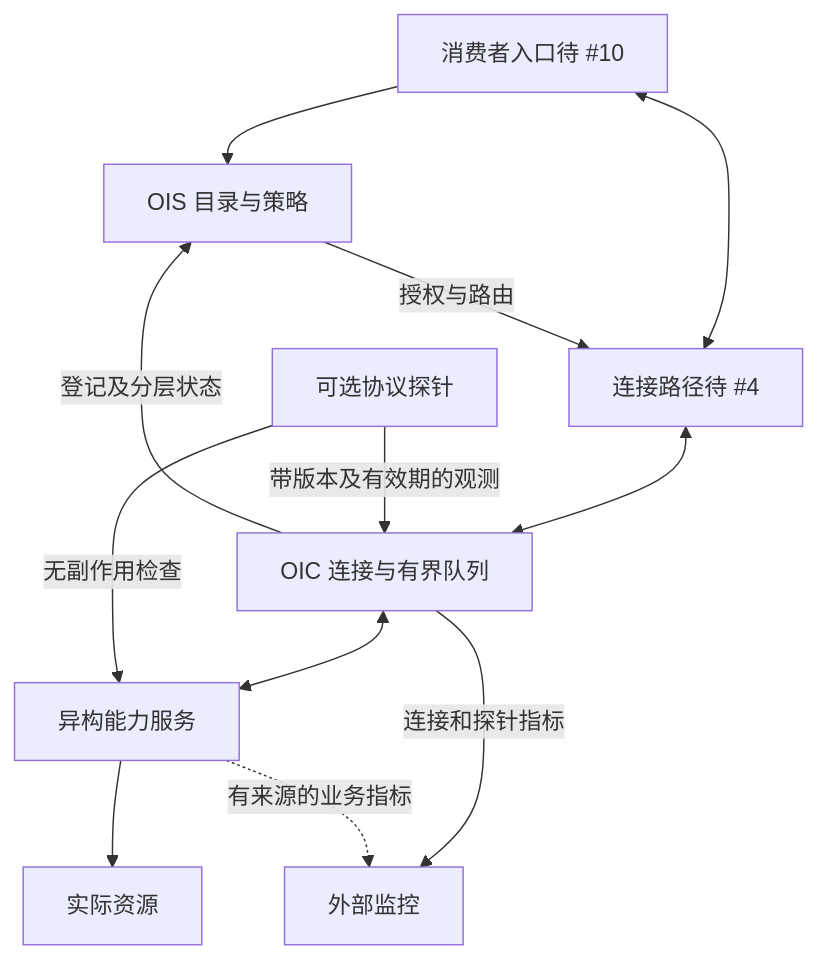
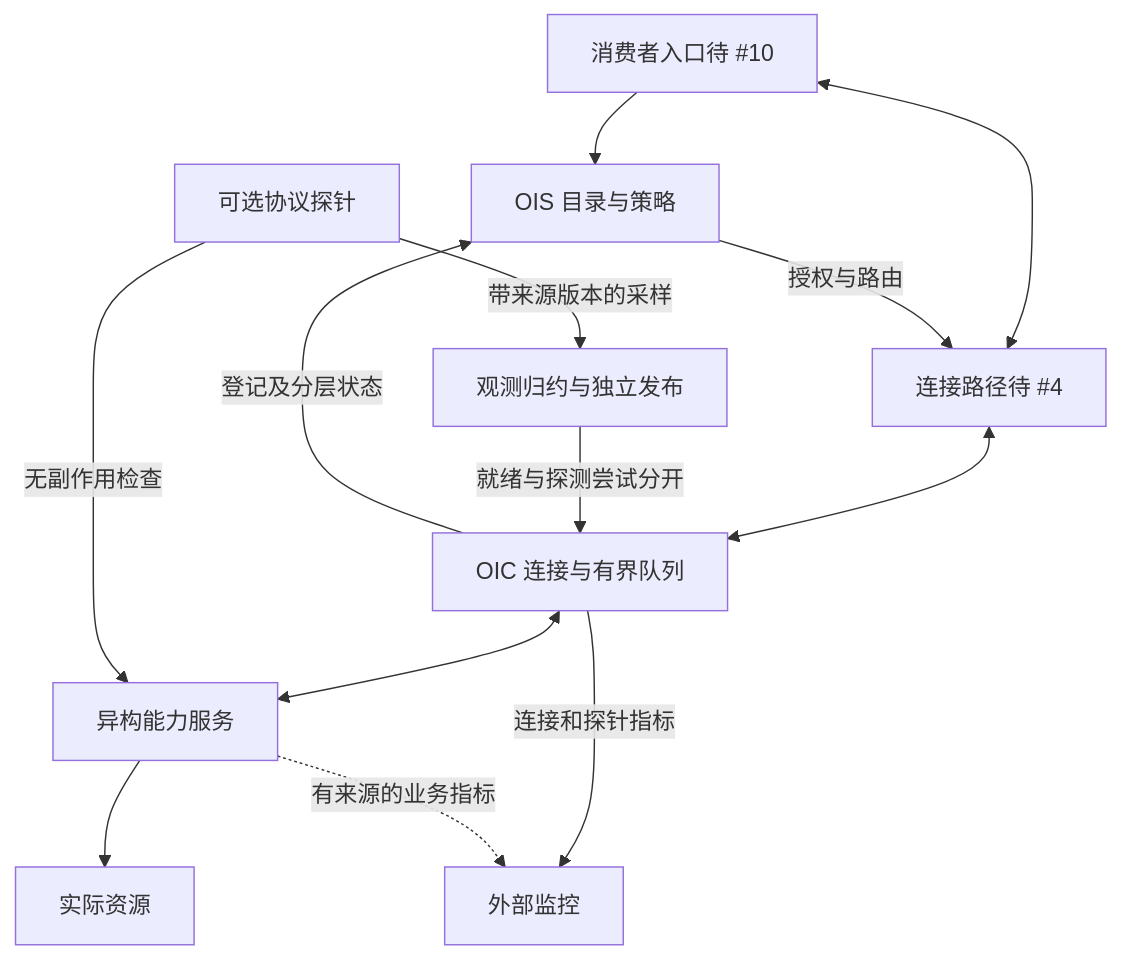
The first of 4 diagrams in docs/distributed-architecture-conclusions.md (wyw-ai/loom-oi), drawn with Mermaid before and after one commit. The commit also changed other lines of this file and 25 other files, not shown here.

Commit message:
docs(alpha): synthesize evidence and require post-lab architecture iteration

````diff
--- a/docs/distributed-architecture-conclusions.md
+++ b/docs/distributed-architecture-conclusions.md
@@ -26,14 +28,15 @@
 ```mermaid
 flowchart TD
     C["消费者入口待 #10"] --> S["OIS 目录与策略"]
     C <--> N["连接路径待 #4"]
     S -->|授权与路由| N
     N <--> O["OIC 连接与有界队列"]
     O <--> P["异构能力服务"]
     P --> R["实际资源"]
     O -->|登记及分层状态| S
     Q["可选协议探针"] -->|无副作用检查| P
-    Q -->|带版本及有效期的观测| O
+    Q -->|带来源版本的采样| V["观测归约与独立发布"]
+    V -->|就绪与探测尝试分开| O
     O -->|连接和探针指标| M["外部监控"]
     P -.->|有来源的业务指标| M
 ```
````
